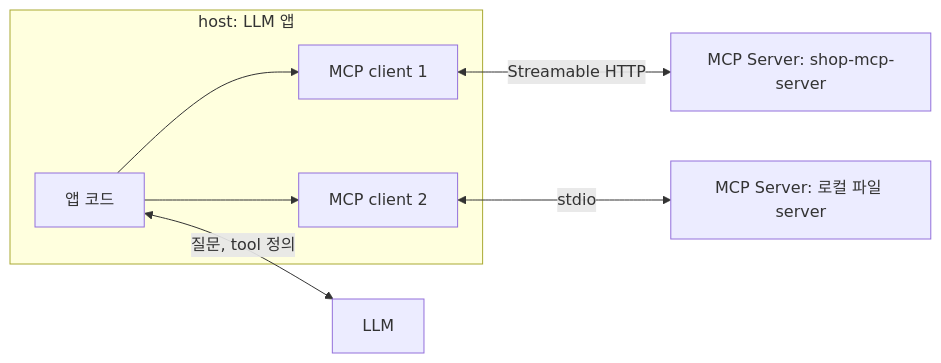
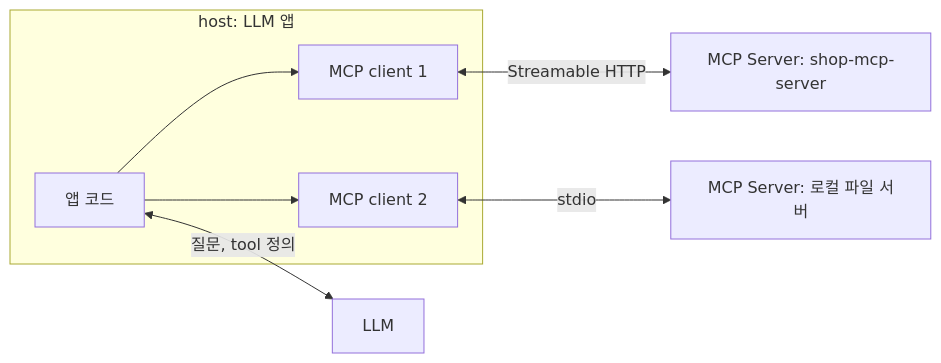
Before and after one commit to starryeye/spring-ai: the first of 2 diagrams in practice/mcp-guide/01-mcp-basics.md, drawn with Mermaid. The commit also changed other lines of this file and 20 other files, not shown here.

````diff
--- a/practice/mcp-guide/01-mcp-basics.md
+++ b/practice/mcp-guide/01-mcp-basics.md
@@ -14,10 +14,10 @@
 ```mermaid
 flowchart LR
     subgraph H[host: LLM 앱]
         A[앱 코드] --> C1[MCP client 1]
         A --> C2[MCP client 2]
     end
     A <-->|질문, tool 정의| L[LLM]
     C1 <-->|Streamable HTTP| S1[MCP Server: shop-mcp-server]
-    C2 <-->|stdio| S2[MCP Server: 로컬 파일 server]
+    C2 <-->|stdio| S2[MCP Server: 로컬 파일 서버]
 ```
````
